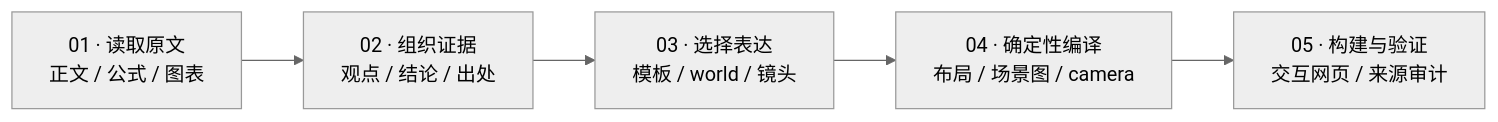
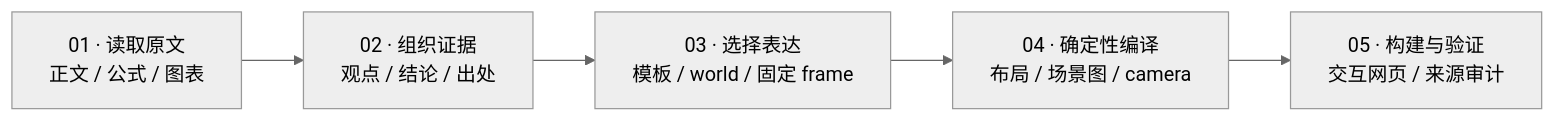
One commit to EclidFundgue/MechanismLens changed the diagram in README.md. Above: the diagram before and after it, drawn with Mermaid (neutral theme). The commit also changed other lines of this file and 33 other files, not shown here.

````diff
--- a/README.md
+++ b/README.md
@@ -140,7 +140,7 @@
 ```mermaid
 flowchart LR
     A["01 · 读取原文<br/>正文 / 公式 / 图表"] --> B["02 · 组织证据<br/>观点 / 结论 / 出处"]
-    B --> C["03 · 选择表达<br/>模板 / world / 镜头"]
+    B --> C["03 · 选择表达<br/>模板 / world / 固定 frame"]
     C --> D["04 · 确定性编译<br/>布局 / 场景图 / camera"]
     D --> E["05 · 构建与验证<br/>交互网页 / 来源审计"]
 ```
````
